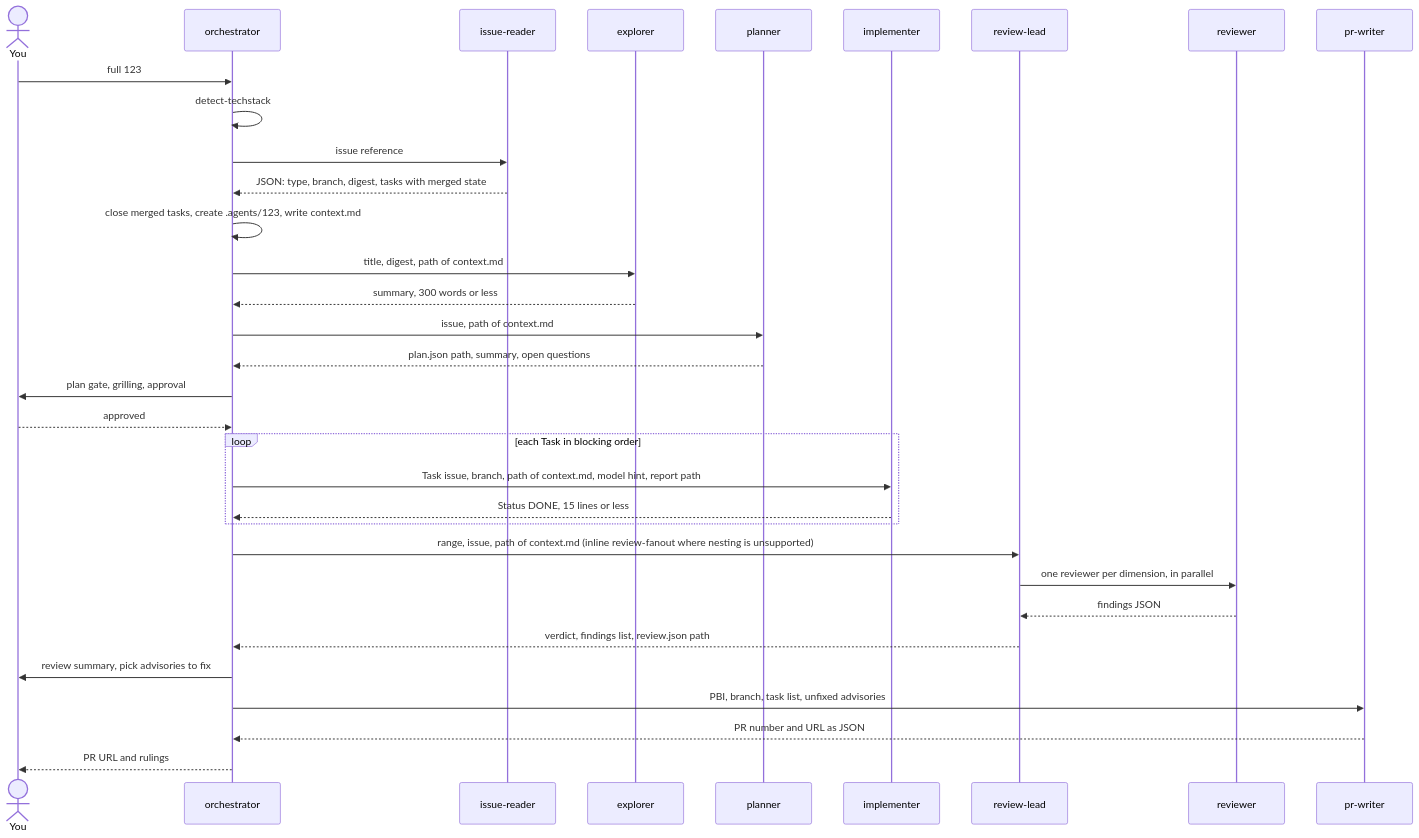
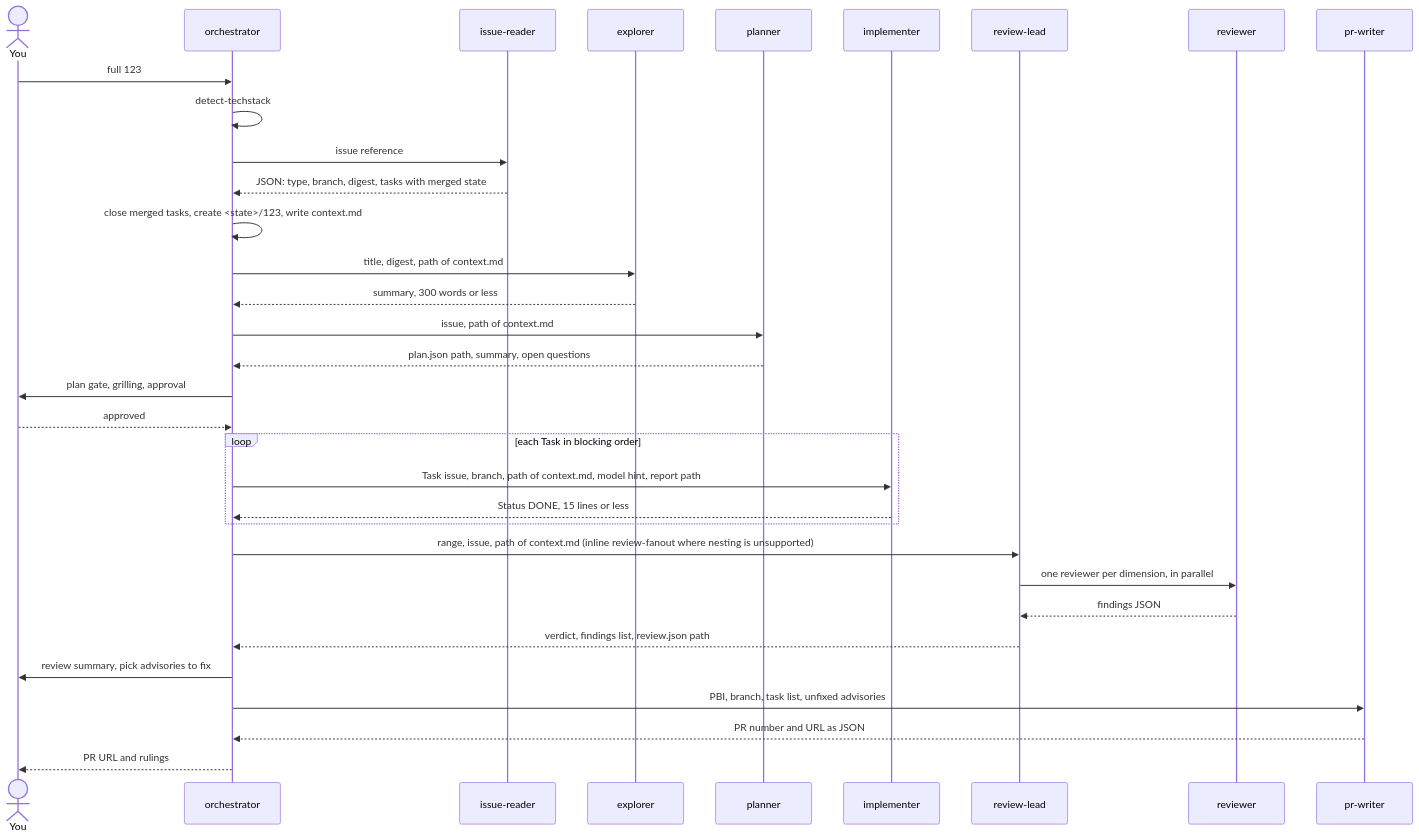
One commit to GravionLabs/apm-hub changed the third of 11 diagrams in docs/orchestrator.md. Above: the diagram before and after it, drawn with Mermaid. The commit also changed other lines of this file and 7 other files, not shown here.

````diff
--- a/docs/orchestrator.md
+++ b/docs/orchestrator.md
@@ -92,35 +92,35 @@
 ```mermaid
 sequenceDiagram
     actor U as You
     participant O as orchestrator
     participant D as issue-reader
     participant E as explorer
     participant P as planner
     participant I as implementer
     participant L as review-lead
     participant R as reviewer
     participant W as pr-writer
     U->>O: full 123
     O->>O: detect-techstack
     O->>D: issue reference
     D-->>O: JSON: type, branch, digest, tasks with merged state
-    O->>O: close merged tasks, create .agents/123, write context.md
+    O->>O: close merged tasks, create <state>/123, write context.md
     O->>E: title, digest, path of context.md
     E-->>O: summary, 300 words or less
     O->>P: issue, path of context.md
     P-->>O: plan.json path, summary, open questions
     O->>U: plan gate, grilling, approval
     U-->>O: approved
     loop each Task in blocking order
         O->>I: Task issue, branch, path of context.md, model hint, report path
         I-->>O: Status DONE, 15 lines or less
     end
     O->>L: range, issue, path of context.md (inline review-fanout where nesting is unsupported)
     L->>R: one reviewer per dimension, in parallel
     R-->>L: findings JSON
     L-->>O: verdict, findings list, review.json path
     O->>U: review summary, pick advisories to fix
     O->>W: PBI, branch, task list, unfixed advisories
     W-->>O: PR number and URL as JSON
     O-->>U: PR URL and rulings
 ```
````
